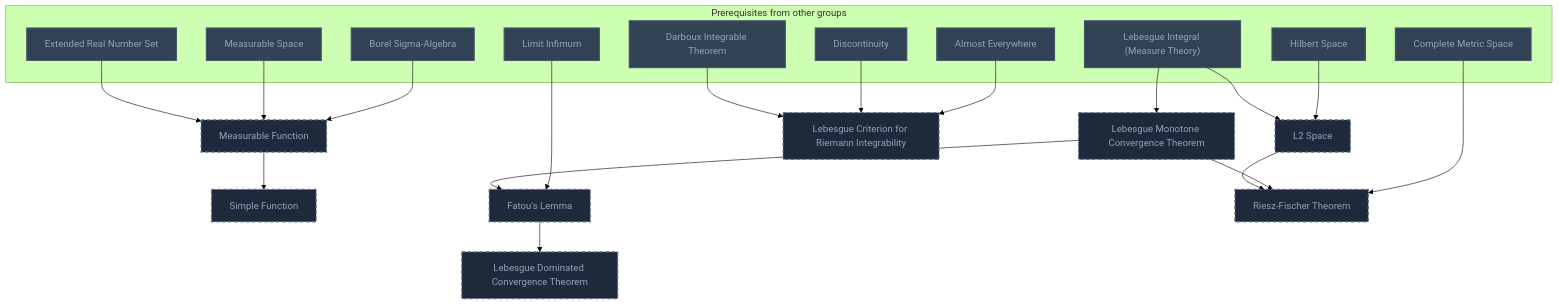
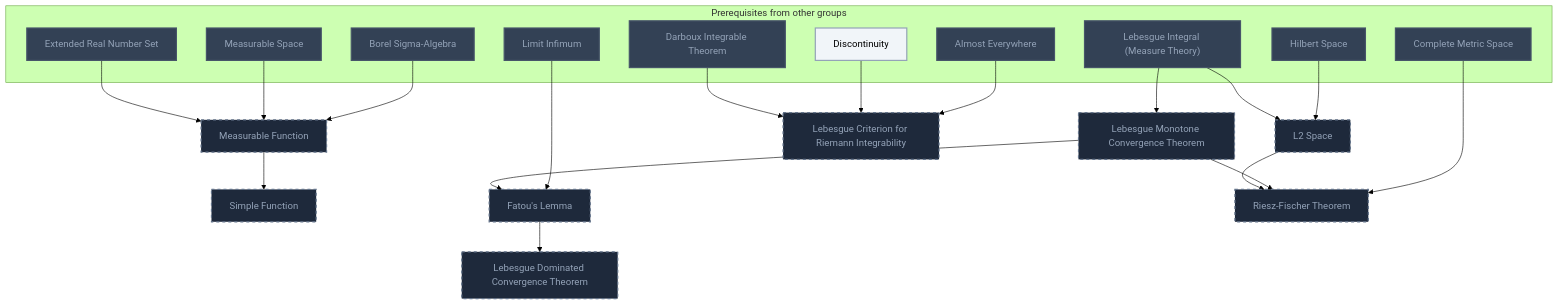
Before and after one commit to MRauf1/My-Notes: diagram 17 of 22 in Gamification/Skill Trees/Real Analysis.md, drawn with Mermaid (forest theme). The commit also changed other lines of this file and 156 other files, not shown here.

````diff
--- a/Gamification/Skill Trees/Real Analysis.md
+++ b/Gamification/Skill Trees/Real Analysis.md
@@ -1286,51 +1315,52 @@
 ```mermaid
 flowchart TD
     classDef planned fill:#1E293B,stroke:#64748B,stroke-width:2px,stroke-dasharray:5 5,color:#94A3B8;
     classDef locked fill:#334155,stroke:#475569,stroke-width:2px,color:#94A3B8;
     classDef L0 fill:#F1F5F9,stroke:#94A3B8,stroke-width:2px,color:#000000;
     classDef L1 fill:#22C55E,stroke:#15803D,stroke-width:2px,color:#000000;
     classDef L2 fill:#3B82F6,stroke:#1D4ED8,stroke-width:3px,color:#FFFFFF;
     classDef L3 fill:#A855F7,stroke:#6B21A8,stroke-width:3px,color:#FFFFFF,font-weight:bold;
     classDef L4 fill:#F97316,stroke:#C2410C,stroke-width:4px,color:#000000,font-weight:bold;
     classDef L5 fill:#FFD700,stroke:#FF8C00,stroke-width:5px,color:#000000,font-weight:bold;
     classDef rusty stroke:#8B4513,stroke-width:4px,stroke-dasharray:3 3;
     subgraph sg_prereqs["Prerequisites from other groups"]
         n_borel_sigma_algebra["Borel Sigma-Algebra"]
         n_measurable_space["Measurable Space"]
         n_extended_real_number_set["Extended Real Number Set"]
         n_lebesgue_integral_measure_theory["Lebesgue Integral (Measure Theory)"]
         n_limit_infimum["Limit Infimum"]
         n_almost_everywhere["Almost Everywhere"]
         n_discontinuity["Discontinuity"]
         n_darboux_integrable_theorem["Darboux Integrable Theorem"]
         n_hilbert_space["Hilbert Space"]
         n_complete_metric_space["Complete Metric Space"]
     end
     n_measurable_function["Measurable Function"]
     n_simple_function["Simple Function"]
     n_lebesgue_monotone_convergence_theorem["Lebesgue Monotone Convergence Theorem"]
     n_fatou_s_lemma["Fatou's Lemma"]
     n_lebesgue_dominated_convergence_theorem["Lebesgue Dominated Convergence Theorem"]
     n_lebesgue_criterion_for_riemann_integrability["Lebesgue Criterion for Riemann Integrability"]
     n_l2_space["L2 Space"]
     n_riesz_fischer_theorem["Riesz-Fischer Theorem"]
     n_borel_sigma_algebra --> n_measurable_function
     n_measurable_space --> n_measurable_function
     n_extended_real_number_set --> n_measurable_function
     n_measurable_function --> n_simple_function
     n_lebesgue_integral_measure_theory --> n_lebesgue_monotone_convergence_theorem
     n_limit_infimum --> n_fatou_s_lemma
     n_lebesgue_monotone_convergence_theorem --> n_fatou_s_lemma
     n_fatou_s_lemma --> n_lebesgue_dominated_convergence_theorem
     n_almost_everywhere --> n_lebesgue_criterion_for_riemann_integrability
     n_discontinuity --> n_lebesgue_criterion_for_riemann_integrability
     n_darboux_integrable_theorem --> n_lebesgue_criterion_for_riemann_integrability
     n_hilbert_space --> n_l2_space
     n_lebesgue_integral_measure_theory --> n_l2_space
     n_complete_metric_space --> n_riesz_fischer_theorem
     n_lebesgue_monotone_convergence_theorem --> n_riesz_fischer_theorem
     n_l2_space --> n_riesz_fischer_theorem
     class n_measurable_function,n_simple_function,n_lebesgue_monotone_convergence_theorem,n_fatou_s_lemma,n_lebesgue_dominated_convergence_theorem,n_lebesgue_criterion_for_riemann_integrability,n_l2_space,n_riesz_fischer_theorem planned;
-    class n_borel_sigma_algebra,n_measurable_space,n_extended_real_number_set,n_lebesgue_integral_measure_theory,n_limit_infimum,n_almost_everywhere,n_discontinuity,n_darboux_integrable_theorem,n_hilbert_space,n_complete_metric_space locked;
+    class n_borel_sigma_algebra,n_measurable_space,n_extended_real_number_set,n_lebesgue_integral_measure_theory,n_limit_infimum,n_almost_everywhere,n_darboux_integrable_theorem,n_hilbert_space,n_complete_metric_space locked;
+    class n_discontinuity L0;
     class n_borel_sigma_algebra,n_measurable_space,n_extended_real_number_set,n_lebesgue_integral_measure_theory,n_limit_infimum,n_almost_everywhere,n_discontinuity,n_darboux_integrable_theorem,n_hilbert_space,n_complete_metric_space internal-link;
 ```
````
